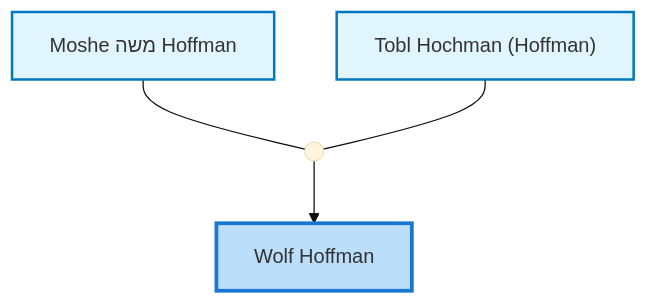
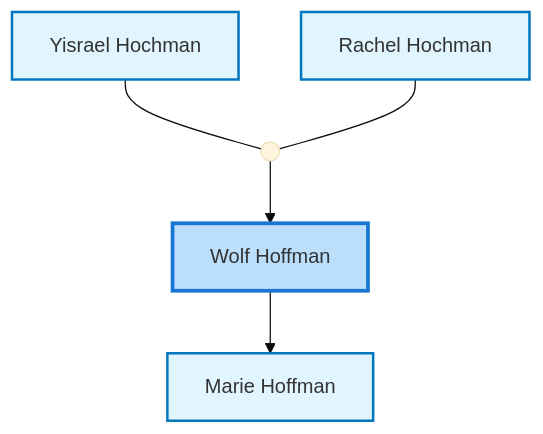
Before and after one commit to moshehoff/FamilyHistory: the first of 3 diagrams in site/content/profiles/Wolf Hoffman.md, drawn with Mermaid (base theme). The commit also changed other lines of this file and 133 other files, not shown here.

Commit message:
Update Moshe Hoffman ID: I10 -> I11052340 and rename I38516664 biography

````diff
--- a/site/content/profiles/Wolf Hoffman.md
+++ b/site/content/profiles/Wolf Hoffman.md
@@ -22,19 +22,23 @@
 ```mermaid
 flowchart TD
 classDef person fill:#e1f5fe,stroke:#0277bd,stroke-width:2px;
 classDef internal-link fill:#e1f5fe,stroke:#0277bd,stroke-width:2px;
 classDef current fill:#bbdefb,stroke:#1976d2,stroke-width:3px;
-idI14["Wolf Hoffman"]
-class idI14 current
-click idI14 "../profiles/Wolf-Hoffman" "Wolf Hoffman"
-idI10["Moshe משה Hoffman"]
-class idI10 internal-link
-click idI10 "../profiles/Moshe-%D7%9E%D7%A9%D7%94-Hoffman" "Moshe משה Hoffman"
-idI11["Tobl Hochman (Hoffman)"]
-class idI11 internal-link
-click idI11 "../profiles/Tobl-Hochman-%28Hoffman%29" "Tobl Hochman (Hoffman)"
-marriage_idF3((" "))
-idI10 --- marriage_idF3
-idI11 --- marriage_idF3
-marriage_idF3 --> idI14
+idI6458385293["Wolf Hoffman"]
+class idI6458385293 current
+click idI6458385293 "../profiles/Wolf-Hoffman" "Wolf Hoffman"
+idI39114550["Yisrael Hochman"]
+class idI39114550 internal-link
+click idI39114550 "../profiles/Yisrael-Hochman" "Yisrael Hochman"
+idI100527944["Rachel Hochman"]
+class idI100527944 internal-link
+click idI100527944 "../profiles/Rachel-Hochman" "Rachel Hochman"
+marriage_idF32834997((" "))
+idI39114550 --- marriage_idF32834997
+idI100527944 --- marriage_idF32834997
+marriage_idF32834997 --> idI6458385293
+idI34708906824["Marie Hoffman"]
+class idI34708906824 internal-link
+click idI34708906824 "../profiles/Marie-Hoffman" "Marie Hoffman"
+idI6458385293 --> idI34708906824
 ```
````
